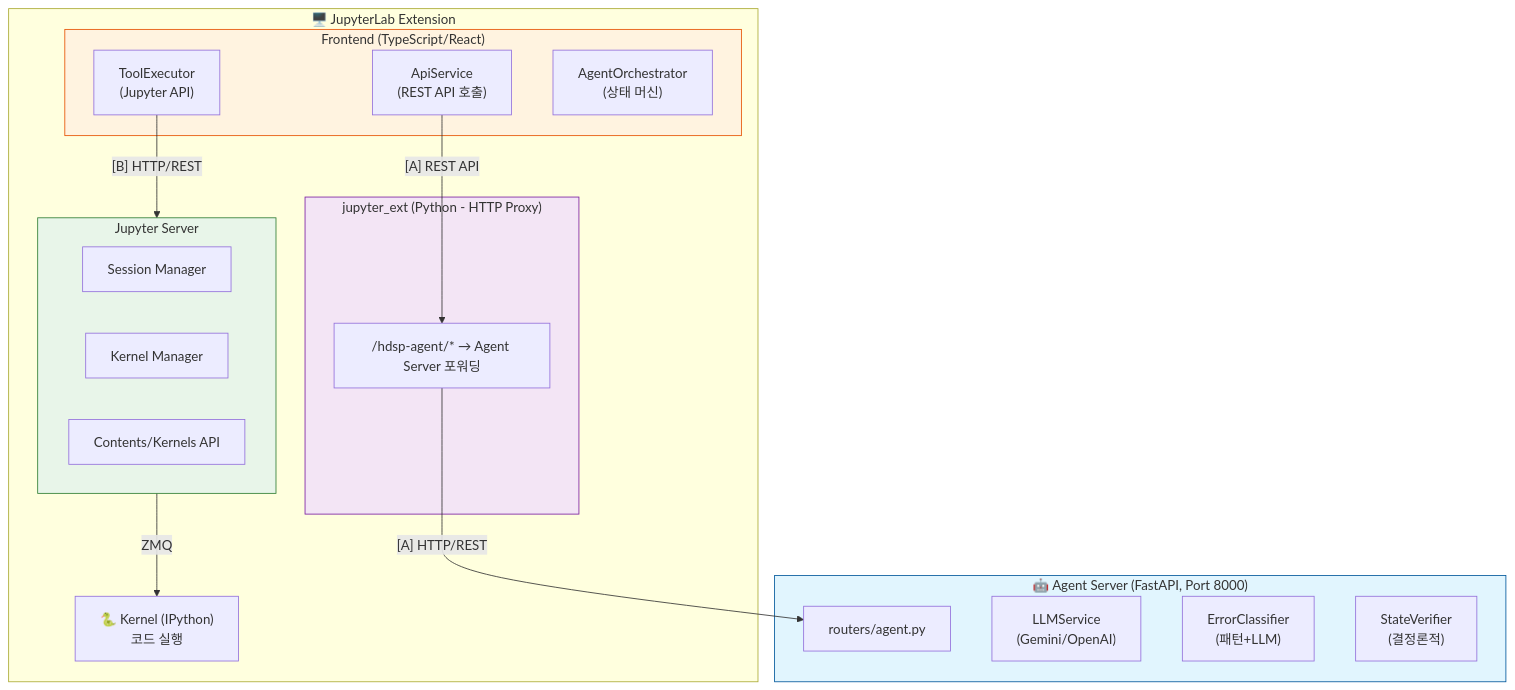
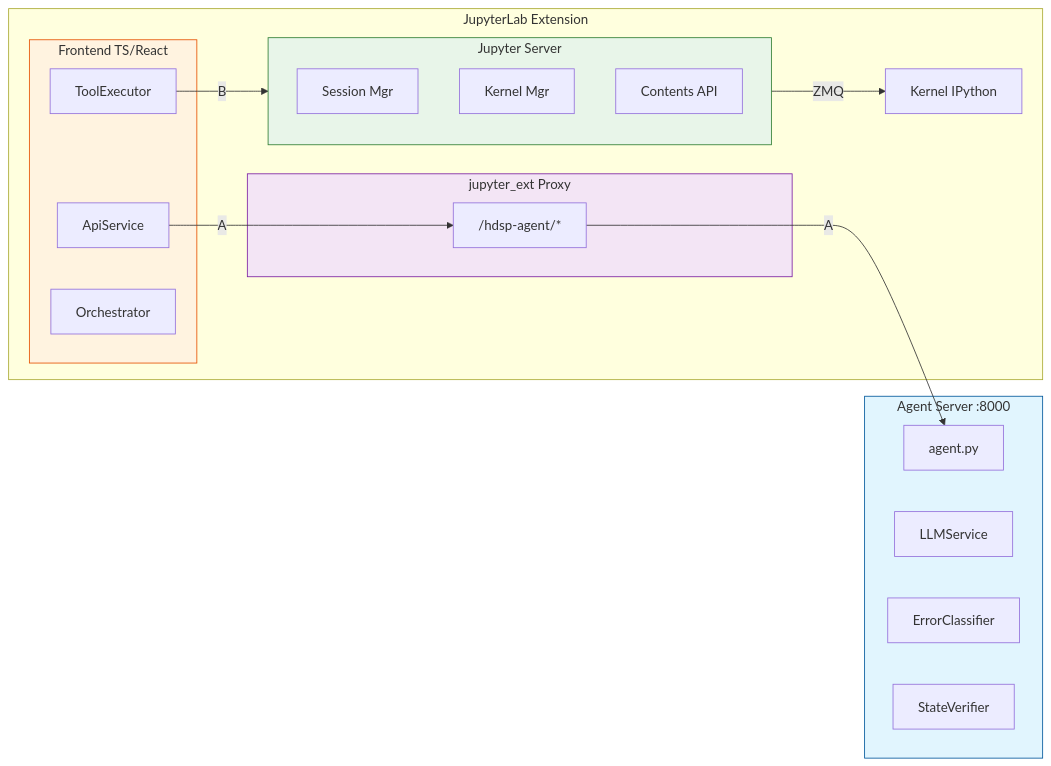
Before and after one commit to lks21c/hdsp_agent: the first of 6 diagrams in docs/agent_planning_flow.md, drawn with Mermaid. The commit also changed other lines of this file, not shown here.

Commit message:
docs: Fix Mermaid diagram text overflow
- Change architecture diagram to LR (left-to-right) layout
- Shorten node labels to prevent text clipping
- Add legend for A/B path abbreviations

🤖 Generated with [Claude Code](https://claude.com/claude-code)

````diff
--- a/docs/agent_planning_flow.md
+++ b/docs/agent_planning_flow.md
@@ -12,39 +12,39 @@
 ```mermaid
-flowchart TB
-    subgraph JupyterLab["🖥️ JupyterLab Extension"]
-        subgraph Frontend["Frontend (TypeScript/React)"]
-            ApiService["ApiService<br/>(REST API 호출)"]
-            ToolExecutor["ToolExecutor<br/>(Jupyter API)"]
-            Orchestrator["AgentOrchestrator<br/>(상태 머신)"]
+flowchart LR
+    subgraph JupyterLab["JupyterLab Extension"]
+        subgraph Frontend["Frontend TS/React"]
+            ToolExecutor["ToolExecutor"]
+            ApiService["ApiService"]
+            Orchestrator["Orchestrator"]
         end
 
-        subgraph JupyterExt["jupyter_ext (Python - HTTP Proxy)"]
-            Proxy["/hdsp-agent/* → Agent Server 포워딩"]
+        subgraph JupyterExt["jupyter_ext Proxy"]
+            Proxy["/hdsp-agent/*"]
         end
 
         subgraph JupyterServer["Jupyter Server"]
-            SessionMgr["Session Manager"]
-            KernelMgr["Kernel Manager"]
-            ContentsAPI["Contents/Kernels API"]
+            SessionMgr["Session Mgr"]
+            KernelMgr["Kernel Mgr"]
+            ContentsAPI["Contents API"]
         end
 
-        Kernel["🐍 Kernel (IPython)<br/>코드 실행"]
+        Kernel["Kernel IPython"]
     end
 
-    subgraph AgentServer["🤖 Agent Server (FastAPI, Port 8000)"]
-        Router["routers/agent.py"]
-        LLM["LLMService<br/>(Gemini/OpenAI)"]
-        ErrorClass["ErrorClassifier<br/>(패턴+LLM)"]
-        StateVerify["StateVerifier<br/>(결정론적)"]
+    subgraph AgentServer["Agent Server :8000"]
+        Router["agent.py"]
+        LLM["LLMService"]
+        ErrorClass["ErrorClassifier"]
+        StateVerify["StateVerifier"]
     end
 
-    ApiService -->|"[A] REST API"| Proxy
-    Proxy -->|"[A] HTTP/REST"| Router
-    ToolExecutor -->|"[B] HTTP/REST"| JupyterServer
+    ApiService -->|"A"| Proxy
+    Proxy -->|"A"| Router
+    ToolExecutor -->|"B"| JupyterServer
     JupyterServer -->|"ZMQ"| Kernel
 
     style AgentServer fill:#e1f5fe,stroke:#01579b
     style Frontend fill:#fff3e0,stroke:#e65100
     style JupyterExt fill:#f3e5f5,stroke:#7b1fa2
     style JupyterServer fill:#e8f5e9,stroke:#2e7d32
 ```
````
